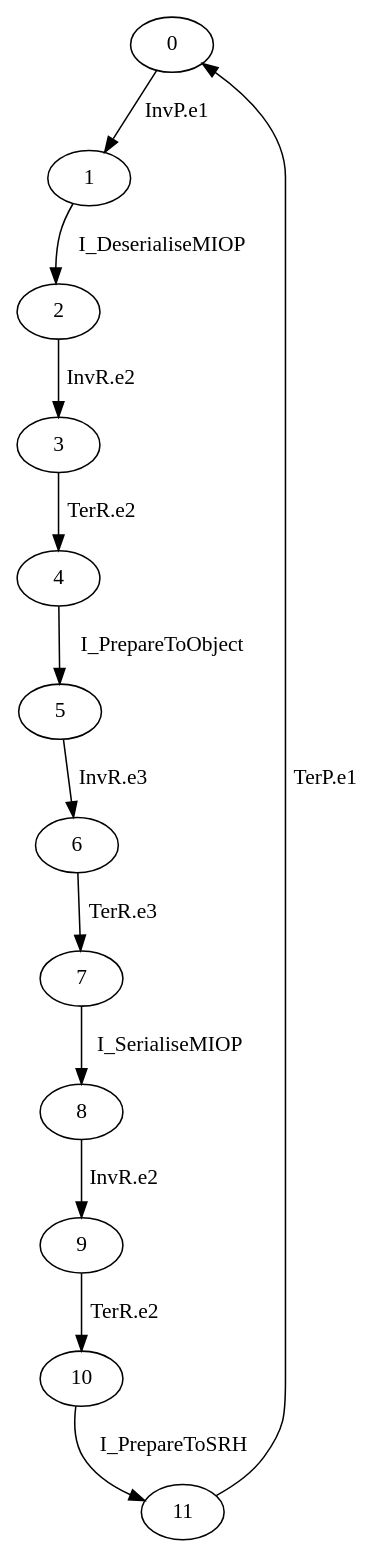
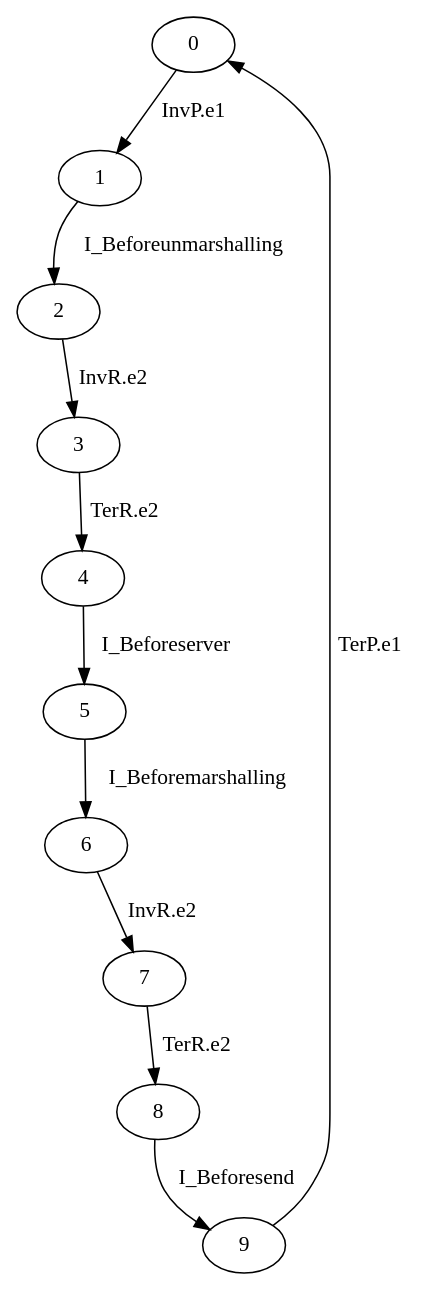
The diagram in src/gmidarch/development/repositories/dot/Calculatorinvoker.dot (gfads/midarch), drawn with Graphviz before and after one commit. The commit also changed 668 other files, not shown here.

```diff
--- a/src/gmidarch/development/repositories/dot/Calculatorinvoker.dot
+++ b/src/gmidarch/development/repositories/dot/Calculatorinvoker.dot
@@ -1,14 +1,12 @@
 digraph G {
   0 -> 1 [ label="InvP.e1" ];
-  1 -> 2 [ label="I_DeserialiseMIOP" ];
+  1 -> 2 [ label="I_Beforeunmarshalling" ];
   2 -> 3 [ label="InvR.e2" ];
   3 -> 4 [ label="TerR.e2" ];
-  4 -> 5 [ label="I_PrepareToObject" ];
-  5 -> 6 [ label="InvR.e3" ];
-  6 -> 7 [ label="TerR.e3" ];
-  7 -> 8 [ label="I_SerialiseMIOP" ];
-  8 -> 9 [ label="InvR.e2" ];
-  9 -> 10 [ label="TerR.e2" ];
-  10 -> 11 [ label="I_PrepareToSRH" ];
-  11 -> 0 [ label="TerP.e1" ];
+  4 -> 5 [ label="I_Beforeserver" ];
+  5 -> 6 [ label="I_Beforemarshalling" ];
+  6 -> 7 [ label="InvR.e2" ];
+  7 -> 8 [ label="TerR.e2" ];
+  8 -> 9 [ label="I_Beforesend" ];
+  9 -> 0 [ label="TerP.e1" ];
 }
```
